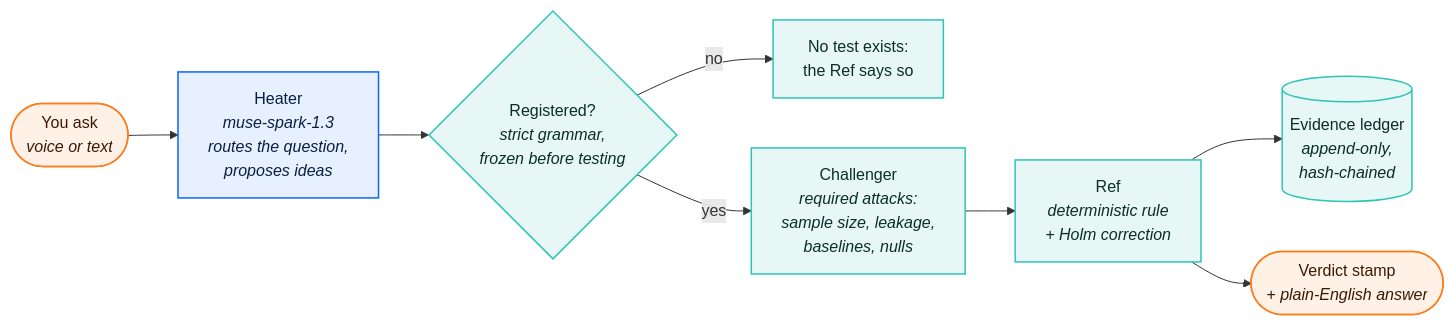
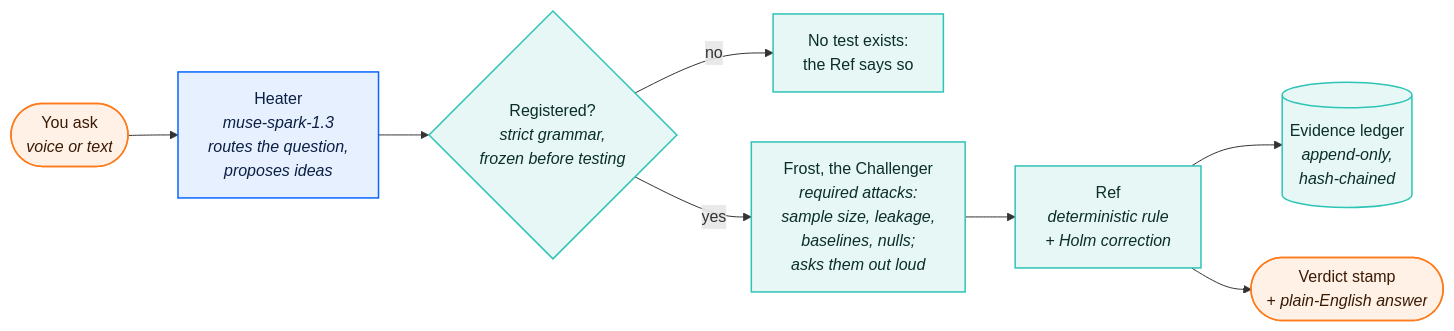
Before and after one commit to chisom-OOO/heatcheck-ai: the first of 2 diagrams in README.md, drawn with Mermaid. The commit also changed other lines of this file and 5 other files, not shown here.

First line of the commit message:
Docs: Frost in README (paragraph, flowchart, screenshot), SUBMISSION Frost + tamper, PROJECT_STATE

````diff
--- a/README.md
+++ b/README.md
@@ -63,17 +65,17 @@
 ```mermaid
 flowchart LR
     U(["You ask<br/><i>voice or text</i>"]) --> H["Heater<br/><i>muse-spark-1.3<br/>routes the question,<br/>proposes ideas</i>"]
     H --> R{"Registered?<br/><i>strict grammar,<br/>frozen before testing</i>"}
     R -->|no| N["No test exists:<br/>the Ref says so"]
-    R -->|yes| C["Challenger<br/><i>required attacks:<br/>sample size, leakage,<br/>baselines, nulls</i>"]
+    R -->|yes| C["Frost, the Challenger<br/><i>required attacks:<br/>sample size, leakage,<br/>baselines, nulls;<br/>asks them out loud</i>"]
     C --> F["Ref<br/><i>deterministic rule<br/>+ Holm correction</i>"]
     F --> L[("Evidence ledger<br/><i>append-only,<br/>hash-chained</i>")]
     F --> V(["Verdict stamp<br/><i>+ plain-English answer</i>"])
 
     classDef person fill:#FFF1E6,stroke:#FF7A1A,color:#3A1A05,stroke-width:1.5px
     classDef model fill:#E7F0FF,stroke:#0866FF,color:#0B1F44,stroke-width:1.5px
     classDef code fill:#E6F7F5,stroke:#2EC4B6,color:#0B2E2A,stroke-width:1.5px
     class U,V person
     class H model
     class R,N,C,F,L code
 ```
````
